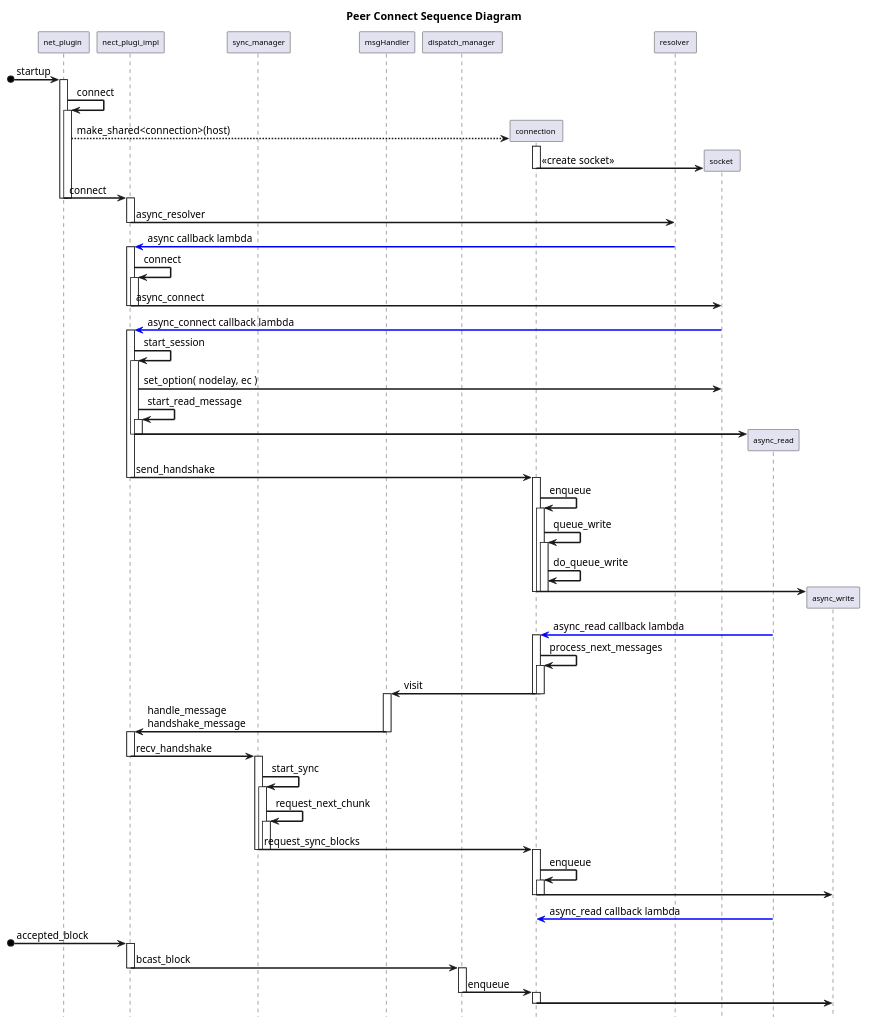
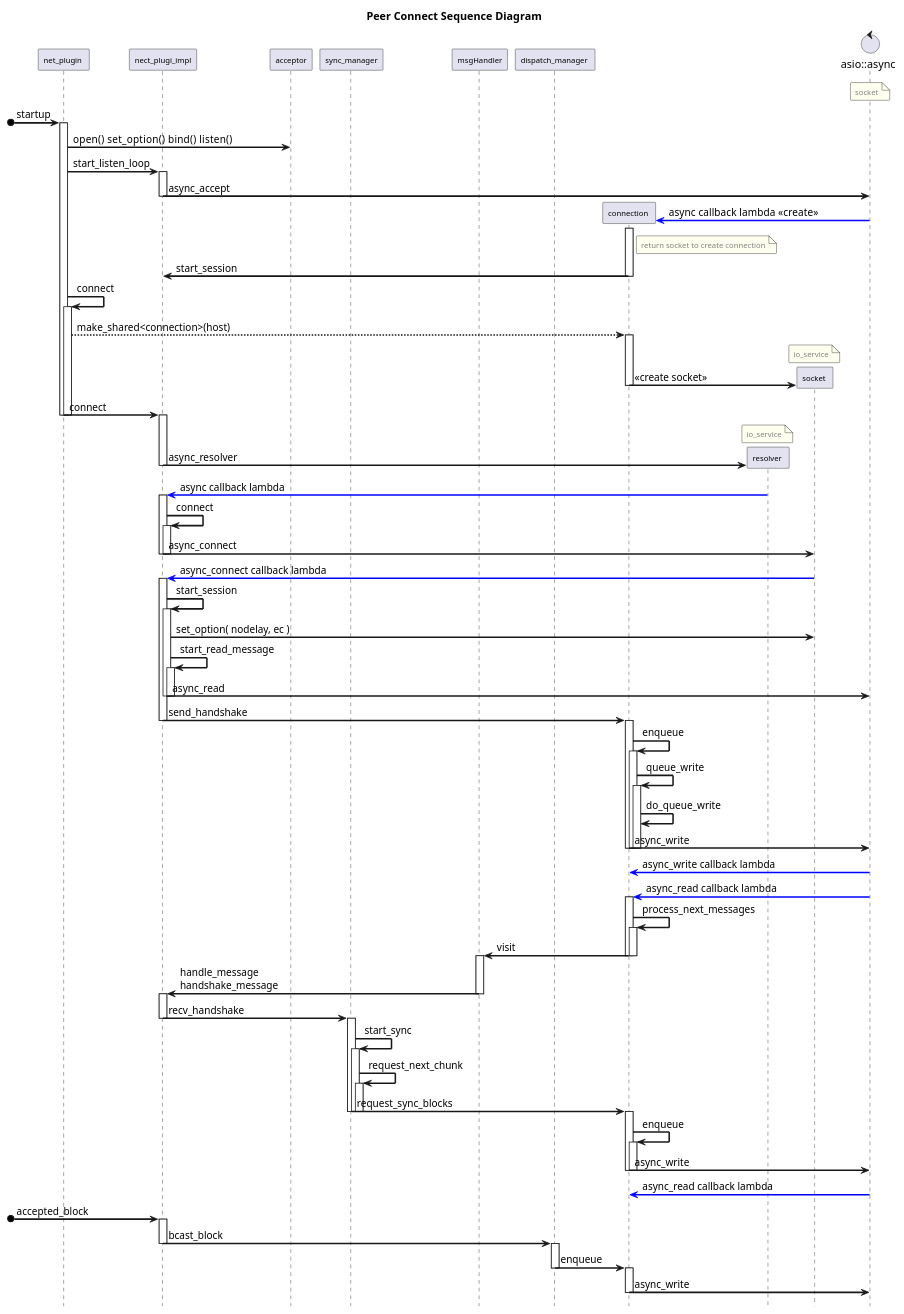
Before and after one commit to Gary2718/Achainplus: the diagram in puml/peer connect.puml, drawn with PlantUML. The commit also changed 3 other files, not shown here.

```diff
--- a/puml/peer connect.puml
+++ b/puml/peer connect.puml
@@ -1,124 +1,139 @@
 @startuml
 '-----------skin param setting------------------------------------------------------
 skinparam sequenceArrowThickness 2
 skinparam roundCorner 2
 skinparam participantFontSize 10
-'-----------title---------------------------------------------------------
-title Peer Connect Sequence Diagram
+  title Peer Connect Sequence Diagram
 hide footbox
 
 '-----------participant declaration---------------------------------------------------------
 participant "net_plugin " as np
 participant "nect_plugi_impl" as npi
+participant "acceptor" as acceptor
 participant "sync_manager" as sync_manager
 participant "msgHandler" as msgHandler
 participant  "dispatch_manager " as dispatcher
 participant  "connection " as conn
 participant  "resolver " as resolver
 participant  "socket " as socket
-
+control "asio::async"  as async
+note over async #Ivory : <font color=grey size =10>socket
 
 [o->np: startup
     activate np
+    np->acceptor: open()  set_option()  bind()  listen()
+    np->npi: start_listen_loop
+    activate npi
+        npi->async:async_accept
+    deactivate npi
+    create conn
+async-[#0000FF]>conn: async callback lambda  <<create>>
+    activate conn
+                note right conn #Ivory : <font color=grey size =10>return socket to create connection
+    conn->npi:start_session
+    deactivate conn
+
+
     np->np: connect
         activate np
-        create conn
+        'create conn
         np-->conn: make_shared<connection>(host)
             activate conn
             create socket
+            note over socket #Ivory : <font color=grey size =10>io_service
             conn->socket:<<create socket>>
             deactivate conn
 np->npi: connect
        deactivate np
     deactivate np
     activate npi
-
+create resolver
+note over resolver #Ivory : <font color=grey size =10>io_service
 npi->resolver:async_resolver
     deactivate npi
 
 
 resolver-[#0000FF]>npi: async callback lambda
     activate npi
     npi->npi: connect
         activate npi
         npi->socket: async_connect
         deactivate npi
     deactivate npi
 
 socket-[#0000FF]>npi: async_connect callback lambda
     activate npi
     npi->npi: start_session
         activate npi
         npi->socket: set_option( nodelay, ec )
         npi->npi: start_read_message
             activate npi
-                create async_read
-                npi->async_read
+                npi->async:async_read
             deactivate npi
         deactivate npi
 
 npi->conn: send_handshake
     deactivate npi
     activate conn
     conn->conn: enqueue
         activate conn
         conn->conn: queue_write
             activate conn
             conn->conn: do_queue_write
-            create async_write
-            conn->async_write
+            conn->async:async_write
             deactivate conn
         deactivate conn
     deactivate conn
 
+async-[#0000FF]>conn:async_write callback lambda
 
-async_read-[#0000FF]>conn:async_read callback lambda
+async-[#0000FF]>conn:async_read callback lambda
     activate conn
         conn->conn: process_next_messages
         activate conn
 
 conn->msgHandler: visit
         deactivate conn
     deactivate conn
              activate msgHandler
 
 msgHandler->npi: handle_message \nhandshake_message
             deactivate msgHandler
      activate npi
 
 npi->sync_manager:recv_handshake
     deactivate npi
     activate sync_manager
         sync_manager->sync_manager: start_sync
         activate sync_manager
             sync_manager->sync_manager: request_next_chunk
                 activate sync_manager
 
 sync_manager->conn:   request_sync_blocks
                 deactivate sync_manager
         deactivate sync_manager
     deactivate sync_manager
     activate conn
         conn->conn: enqueue
         activate conn
 
-conn->async_write
+conn->async: async_write
       deactivate conn
   deactivate conn
 
- async_read-[#0000FF]>conn:async_read callback lambda
+ async-[#0000FF]>conn:async_read callback lambda
 
 '---------broadcast----------------------------------------------------------------
 [o->npi: accepted_block
     activate npi
 npi->dispatcher: bcast_block
     deactivate npi
     activate dispatcher
 dispatcher->conn:enqueue
     deactivate dispatcher
     activate conn
-conn->async_write
+conn->async: async_write
     deactivate conn
 
 
 @enduml
```
